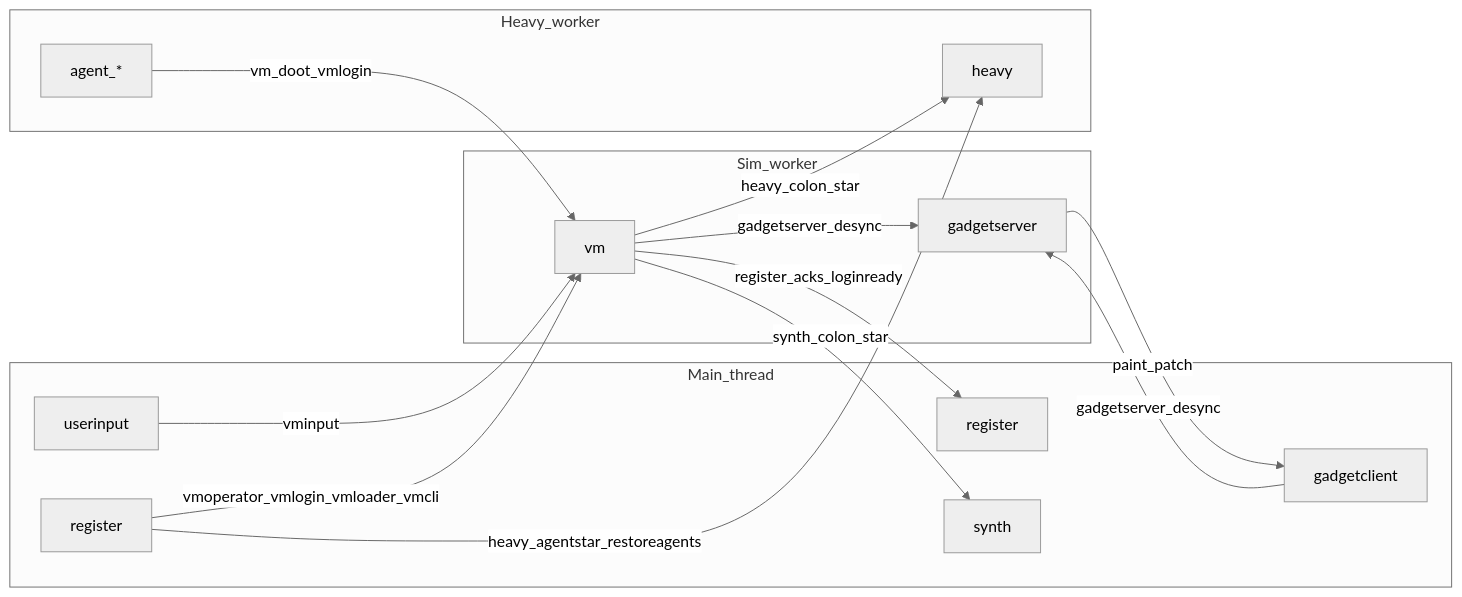
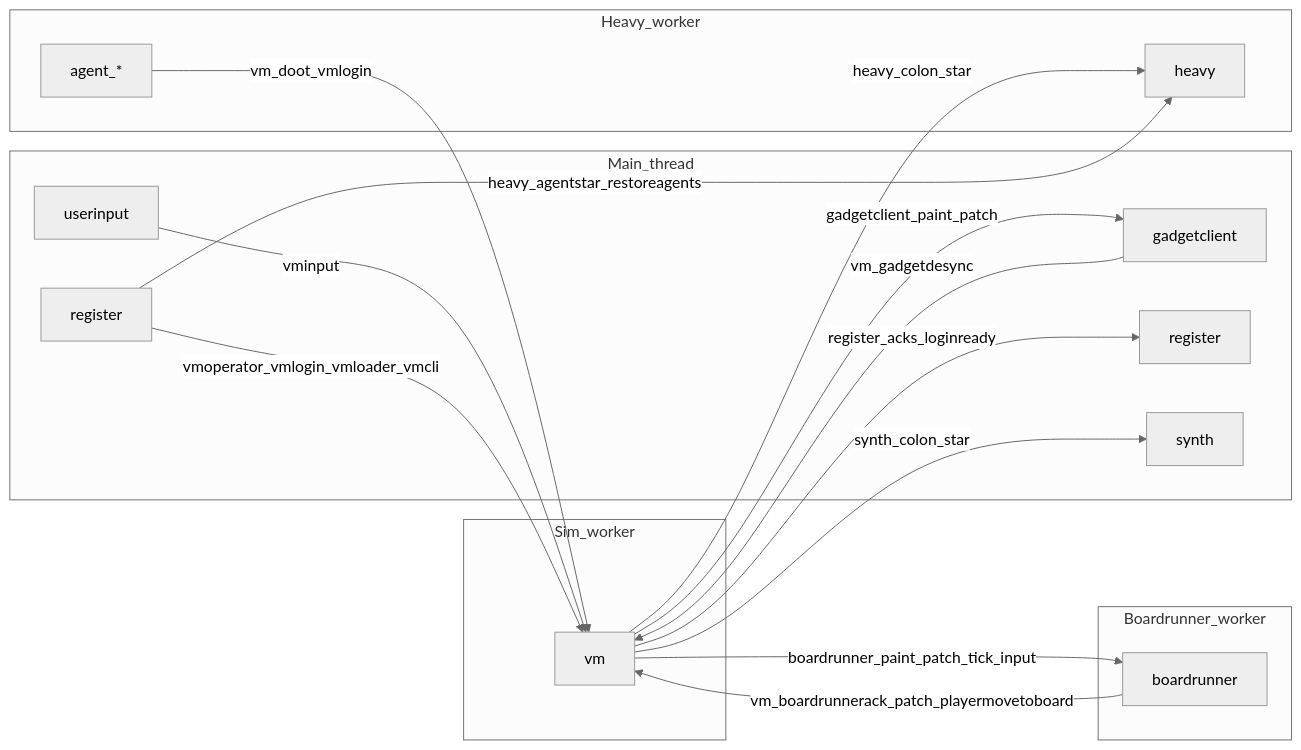
The third of 4 diagrams in zss/device/docs/devices-and-messaging.md (goldbuick/zed-software-system), drawn with Mermaid (neutral theme) before and after one commit. The commit also changed other lines of this file and 30 other files, not shown here.

````diff
--- a/zss/device/docs/devices-and-messaging.md
+++ b/zss/device/docs/devices-and-messaging.md
@@ -188,28 +186,31 @@
 ```mermaid
 flowchart LR
   subgraph Main_thread [Main_thread]
     UI[userinput]
     RegIn[register]
     GC[gadgetclient]
     RegOut[register]
     Sy[synth]
   end
   subgraph Sim_worker [Sim_worker]
     VM[vm]
-    GS[gadgetserver]
   end
   subgraph Heavy_worker [Heavy_worker]
     Hy[heavy]
     Ag[agent_*]
   end
+  subgraph Boardrunner_worker [Boardrunner_worker]
+    Brd[boardrunner]
+  end
   UI -->|vminput| VM
   RegIn -->|vmoperator_vmlogin_vmloader_vmcli| VM
   VM -->|register_acks_loginready| RegOut
-  VM -->|gadgetserver_desync| GS
-  GS -->|paint_patch| GC
-  GC -->|gadgetserver_desync| GS
+  VM -->|gadgetclient_paint_patch| GC
+  GC -->|vm_gadgetdesync| VM
+  VM -->|boardrunner_paint_patch_tick_input| Brd
+  Brd -->|vm_boardrunnerack_patch_playermovetoboard| VM
   VM -->|heavy_colon_star| Hy
   VM -->|synth_colon_star| Sy
   RegIn -->|heavy_agentstar_restoreagents| Hy
   Ag -->|vm_doot_vmlogin| VM
 ```
````
